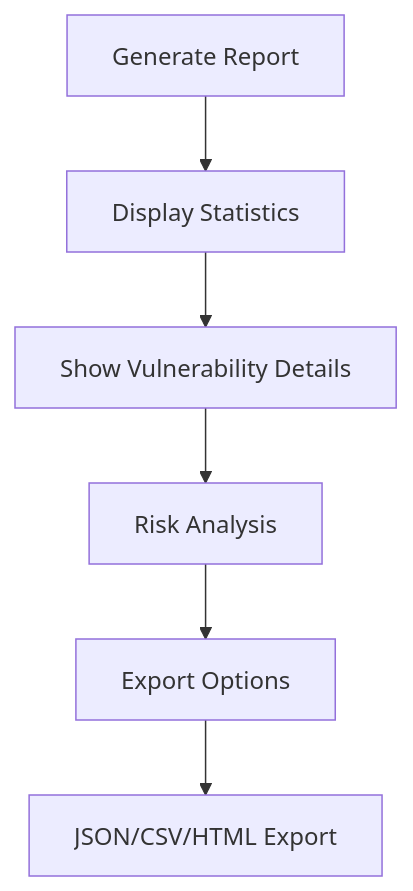
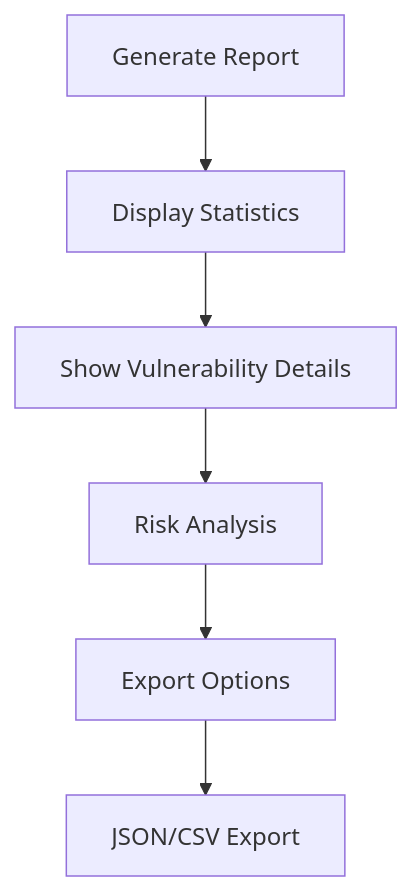
One commit to Jhih-Ting23472002/CVES-NIST changed the fourth of 4 diagrams in README.md. Above: the diagram before and after it, drawn with Mermaid. The commit also changed other lines of this file, not shown here.

Commit message:
feat: 更新 README.md，新增對 package-lock.json 的支援，強調背景掃描與智慧任務管理功能

````diff
--- a/README.md
+++ b/README.md
@@ -356,8 +451,8 @@
 ```mermaid
 graph TD
     A[Generate Report] --> B[Display Statistics]
     B --> C[Show Vulnerability Details]
     C --> D[Risk Analysis]
     D --> E[Export Options]
-    E --> F[JSON/CSV/HTML Export]
+    E --> F[JSON/CSV Export]
 ```
````
